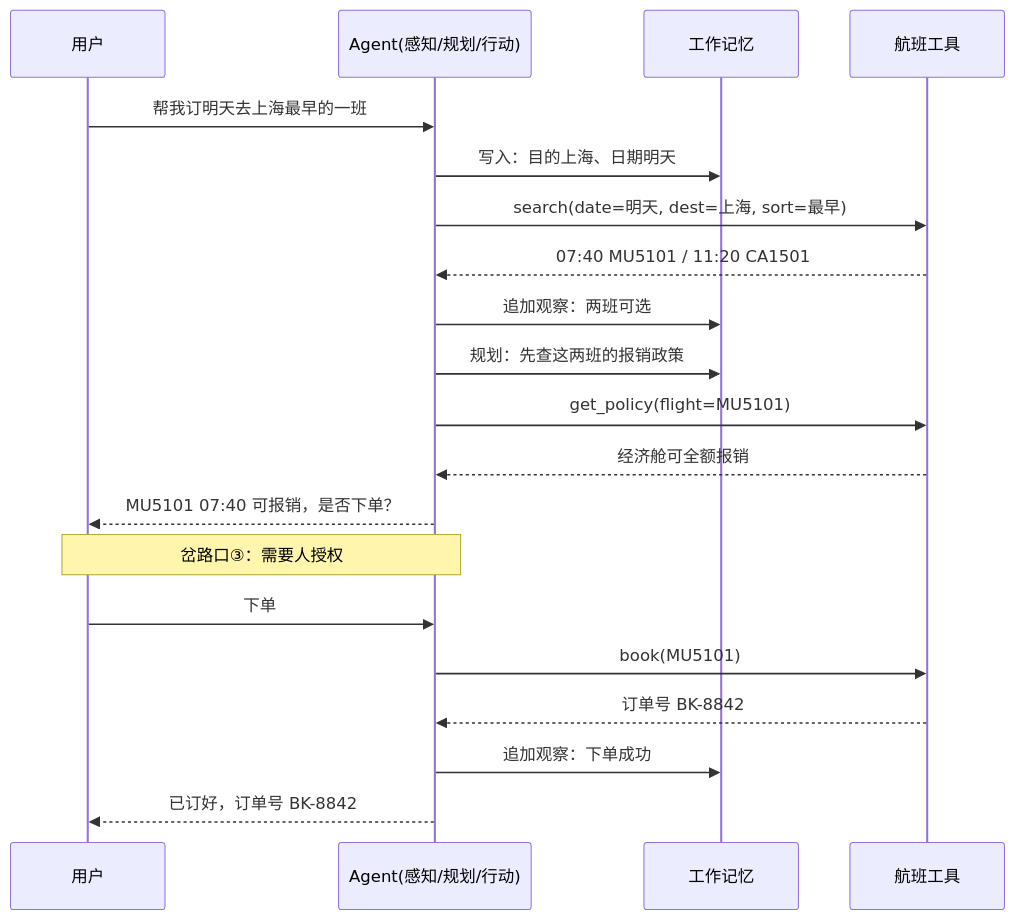
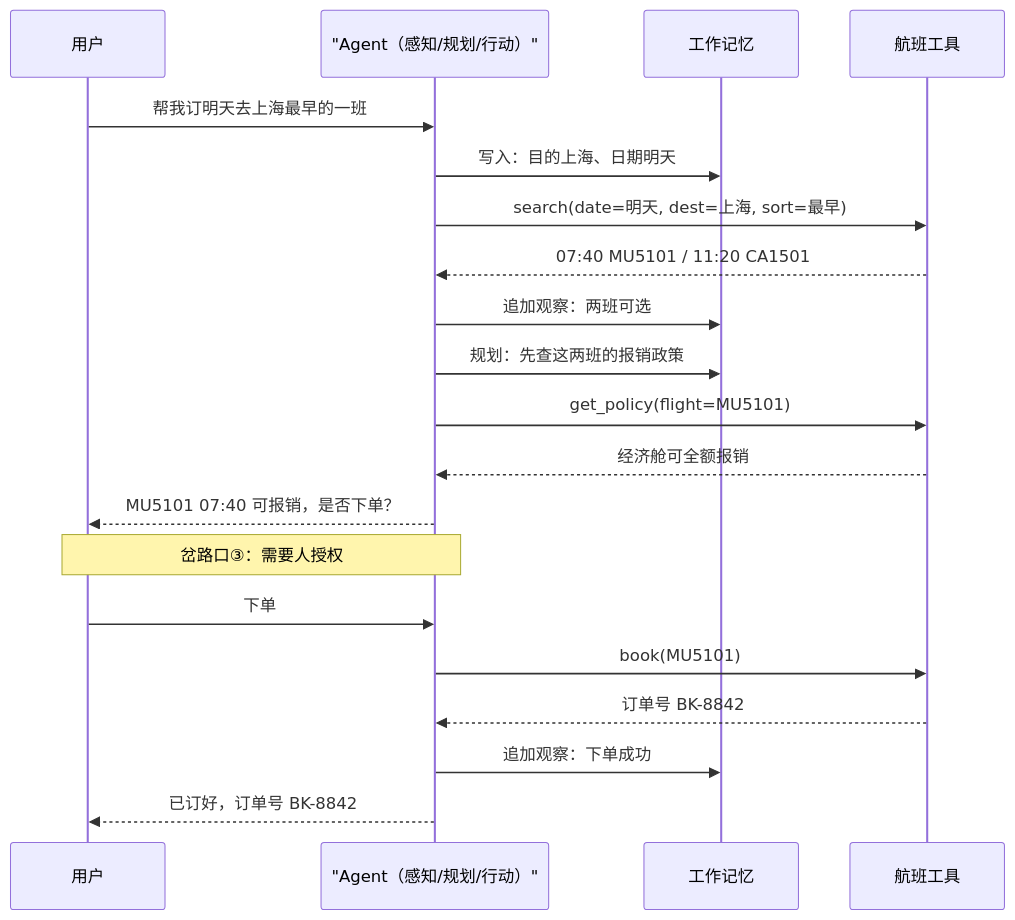
Before and after one commit to Laughingtt/agentkit: the third of 3 diagrams in part-3-agent原理/ch11-agent认知架构.md, drawn with Mermaid. The commit also changed other lines of this file and 2 other files, not shown here.

Commit message:
可读性审查第一批：Ch11/Ch13/Ch21 补流程图 + 修 mermaid 语法地雷

````diff
--- a/part-3-agent原理/ch11-agent认知架构.md
+++ b/part-3-agent原理/ch11-agent认知架构.md
@@ -304,23 +345,23 @@
 ```mermaid
 sequenceDiagram
     participant U as 用户
-    participant A as Agent(感知/规划/行动)
+    participant A as "Agent（感知/规划/行动）"
     participant M as 工作记忆
     participant T as 航班工具
 
     U->>A: 帮我订明天去上海最早的一班
     A->>M: 写入：目的上海、日期明天
     A->>T: search(date=明天, dest=上海, sort=最早)
     T-->>A: 07:40 MU5101 / 11:20 CA1501
     A->>M: 追加观察：两班可选
     A->>M: 规划：先查这两班的报销政策
     A->>T: get_policy(flight=MU5101)
     T-->>A: 经济舱可全额报销
     A-->>U: MU5101 07:40 可报销，是否下单？
     Note over U,A: 岔路口③：需要人授权
     U->>A: 下单
     A->>T: book(MU5101)
     T-->>A: 订单号 BK-8842
     A->>M: 追加观察：下单成功
     A-->>U: 已订好，订单号 BK-8842
 ```
````
